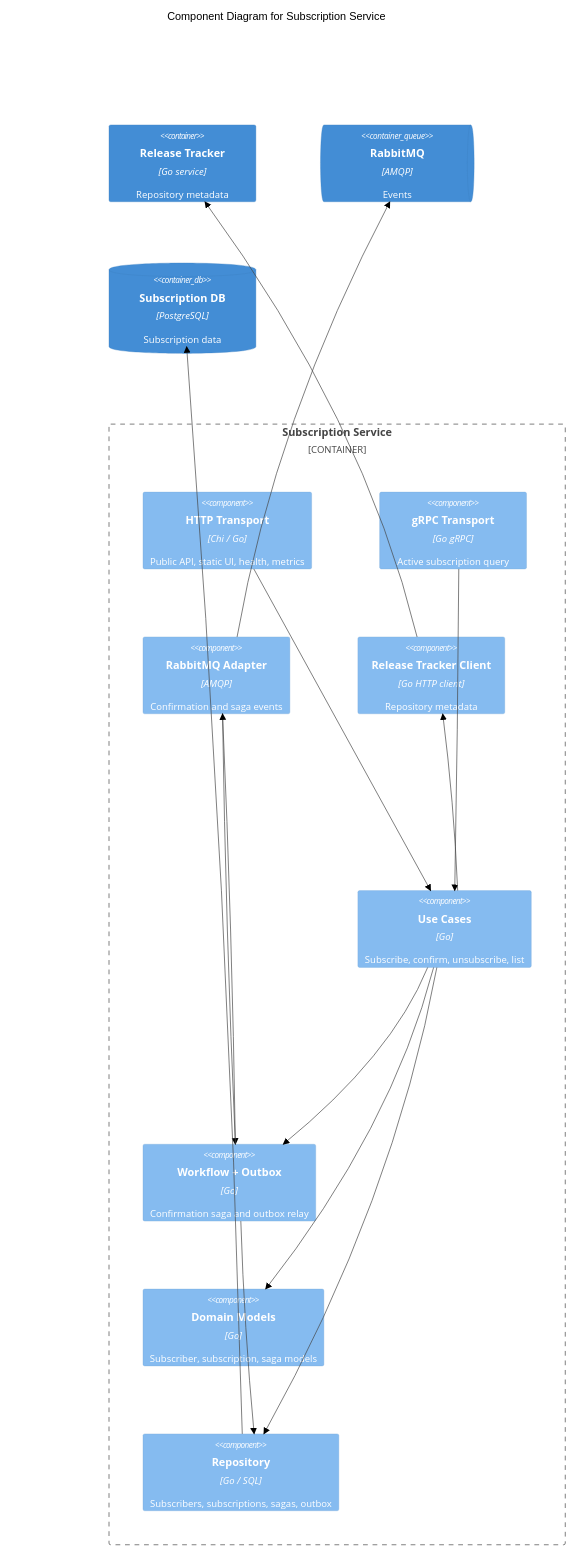
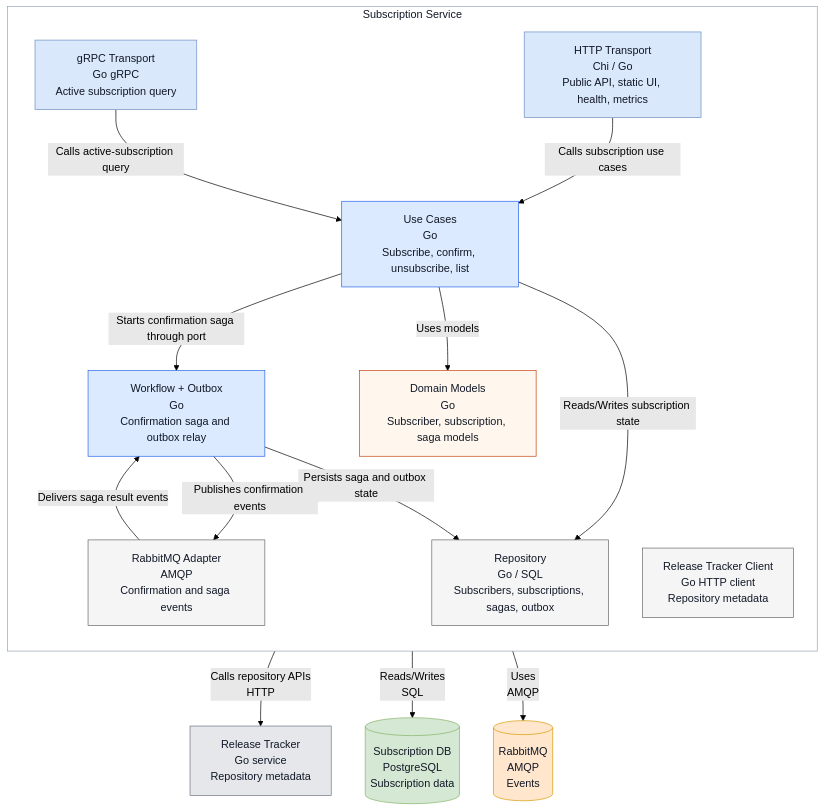
Before and after one commit to GenesisEducationKyiv/software-engineering-school-6-0-Oleg-amur: the fourth of 6 diagrams in docs/architecture/architecture.md, drawn with Mermaid (forest theme). The commit also changed other lines of this file, not shown here.

Commit message:
docs: improve architecture diagram rendering

````diff
--- a/docs/architecture/architecture.md
+++ b/docs/architecture/architecture.md
@@ -97,47 +112,46 @@
 ```mermaid
-C4Component
-    title Component Diagram for Subscription Service
+flowchart TB
+    releaseTracker["Release Tracker<br/>Go service<br/>Repository metadata"]
+    rabbitmq[("RabbitMQ<br/>AMQP<br/>Events")]
+    subscriptionDb[("Subscription DB<br/>PostgreSQL<br/>Subscription data")]
 
-    Container(releaseTracker, "Release Tracker", "Go service", "Repository metadata")
-    ContainerQueue(rabbitmq, "RabbitMQ", "AMQP", "Events")
+    subgraph subscription["Subscription Service"]
+        direction TB
+        httpTransport["HTTP Transport<br/>Chi / Go<br/>Public API, static UI, health, metrics"]
+        grpcTransport["gRPC Transport<br/>Go gRPC<br/>Active subscription query"]
+        eventbus["RabbitMQ Adapter<br/>AMQP<br/>Confirmation and saga events"]
+        releaseClient["Release Tracker Client<br/>Go HTTP client<br/>Repository metadata"]
+        usecases["Use Cases<br/>Go<br/>Subscribe, confirm, unsubscribe, list"]
+        workflows["Workflow + Outbox<br/>Go<br/>Confirmation saga and outbox relay"]
+        domain["Domain Models<br/>Go<br/>Subscriber, subscription, saga models"]
+        repository["Repository<br/>Go / SQL<br/>Subscribers, subscriptions, sagas, outbox"]
+    end
 
-    Container_Boundary(subscription, "Subscription Service") {
-        Component(httpTransport, "HTTP Transport", "Chi / Go", "Public API, static UI, health, metrics")
-        Component(grpcTransport, "gRPC Transport", "Go gRPC", "Active subscription query")
-        Component(eventbus, "RabbitMQ Adapter", "AMQP", "Confirmation and saga events")
-        Component(releaseClient, "Release Tracker Client", "Go HTTP client", "Repository metadata")
-        Component(subscriptionTopSpacer, " ", " ", " ")
+    httpTransport -->|"Calls subscription use cases"| usecases
+    grpcTransport -->|"Calls active-subscription query"| usecases
+    eventbus -->|"Delivers saga result events"| workflows
+    releaseClient -->|"Calls repository APIs<br/>HTTP"| releaseTracker
+    usecases -->|"Uses models"| domain
+    usecases -->|"Starts confirmation saga through port"| workflows
+    usecases -->|"Reads/Writes subscription state"| repository
+    workflows -->|"Persists saga and outbox state"| repository
+    workflows -->|"Publishes confirmation events"| eventbus
+    repository -->|"Reads/Writes<br/>SQL"| subscriptionDb
+    eventbus -->|"Uses<br/>AMQP"| rabbitmq
 
-        Component(subscriptionUsecaseSpacerLeft, " ", " ", " ")
-        Component(subscriptionUsecaseSpacerMidLeft, " ", " ", " ")
-        Component(usecases, "Use Cases", "Go", "Subscribe, confirm, unsubscribe, list")
-        Component(subscriptionUsecaseSpacerMidRight, " ", " ", " ")
-        Component(subscriptionUsecaseSpacerRight, " ", " ", " ")
-
-        Component(workflows, "Workflow + Outbox", "Go", "Confirmation saga and outbox relay")
-        Component(domain, "Domain Models", "Go", "Subscriber, subscription, saga models")
-        Component(repository, "Repository", "Go / SQL", "Subscribers, subscriptions, sagas, outbox")
-    }
-
-    ContainerDb(subscriptionDb, "Subscription DB", "PostgreSQL", "Subscription data")
-
-    Rel_D(httpTransport, usecases, "")
-    Rel_D(grpcTransport, usecases, "")
-    Rel_D(eventbus, workflows, "")
-    Rel_D(releaseClient, releaseTracker, "")
-    Rel_R(usecases, domain, "")
-    Rel_D(usecases, workflows, "")
-    Rel_D(workflows, repository, "")
-    Rel_D(usecases, repository, "")
-    Rel_D(usecases, releaseClient, "")
-    Rel_R(workflows, eventbus, "")
-    Rel_D(repository, subscriptionDb, "")
-    Rel_D(eventbus, rabbitmq, "")
-
-    UpdateLayoutConfig($c4ShapeInRow="5", $c4BoundaryInRow="1")
-    UpdateElementStyle(subscriptionTopSpacer, $bgColor="transparent", $fontColor="transparent", $borderColor="transparent")
-    UpdateElementStyle(subscriptionUsecaseSpacerLeft, $bgColor="transparent", $fontColor="transparent", $borderColor="transparent")
-    UpdateElementStyle(subscriptionUsecaseSpacerMidLeft, $bgColor="transparent", $fontColor="transparent", $borderColor="transparent")
-    UpdateElementStyle(subscriptionUsecaseSpacerMidRight, $bgColor="transparent", $fontColor="transparent", $borderColor="transparent")
-    UpdateElementStyle(subscriptionUsecaseSpacerRight, $bgColor="transparent", $fontColor="transparent", $borderColor="transparent")
+    classDef externalCls fill:#e5e7eb,stroke:#6b7280,color:#111827
+    classDef transportCls fill:#dae8fc,stroke:#6c8ebf,color:#111827
+    classDef appCls fill:#dbeafe,stroke:#2563eb,color:#111827
+    classDef domainCls fill:#fff7ed,stroke:#c2410c,color:#111827
+    classDef infraCls fill:#f5f5f5,stroke:#666666,color:#111827
+    classDef dbCls fill:#d5e8d4,stroke:#82b366,color:#111827
+    classDef queueCls fill:#ffe6cc,stroke:#d79b00,color:#111827
+    class releaseTracker externalCls
+    class httpTransport,grpcTransport transportCls
+    class usecases,workflows appCls
+    class domain domainCls
+    class repository,eventbus,releaseClient infraCls
+    class subscriptionDb dbCls
+    class rabbitmq queueCls
+    style subscription fill:#ffffff,stroke:#94a3b8,color:#111827
 ```
````
